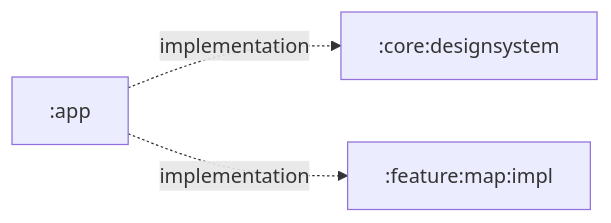
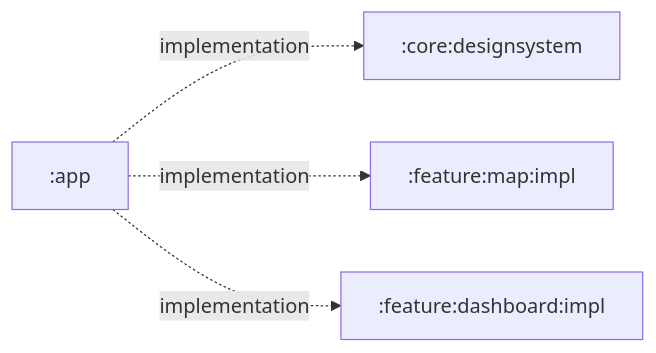
One commit to hrka6761/Shahbaz_Android changed the diagram in app/README.md. Above: the diagram before and after it, drawn with Mermaid. The commit also changed other lines of this file and 2 other files, not shown here.

Commit message:
Document dashboard and hardware modules

````diff
--- a/app/README.md
+++ b/app/README.md
@@ -35,9 +41,11 @@
 ```mermaid
 graph LR
   app[":app"]
   designsystem[":core:designsystem"]
   map[":feature:map:impl"]
+  dashboard[":feature:dashboard:impl"]
 
   app -.->|implementation| designsystem
   app -.->|implementation| map
+  app -.->|implementation| dashboard
 ```
````
